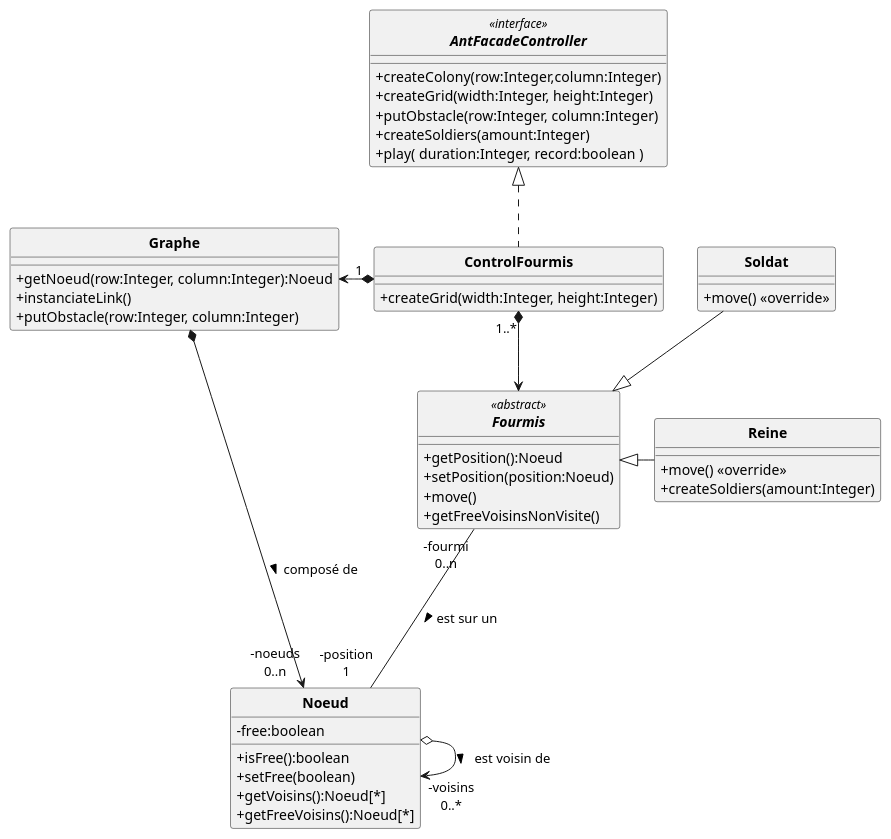
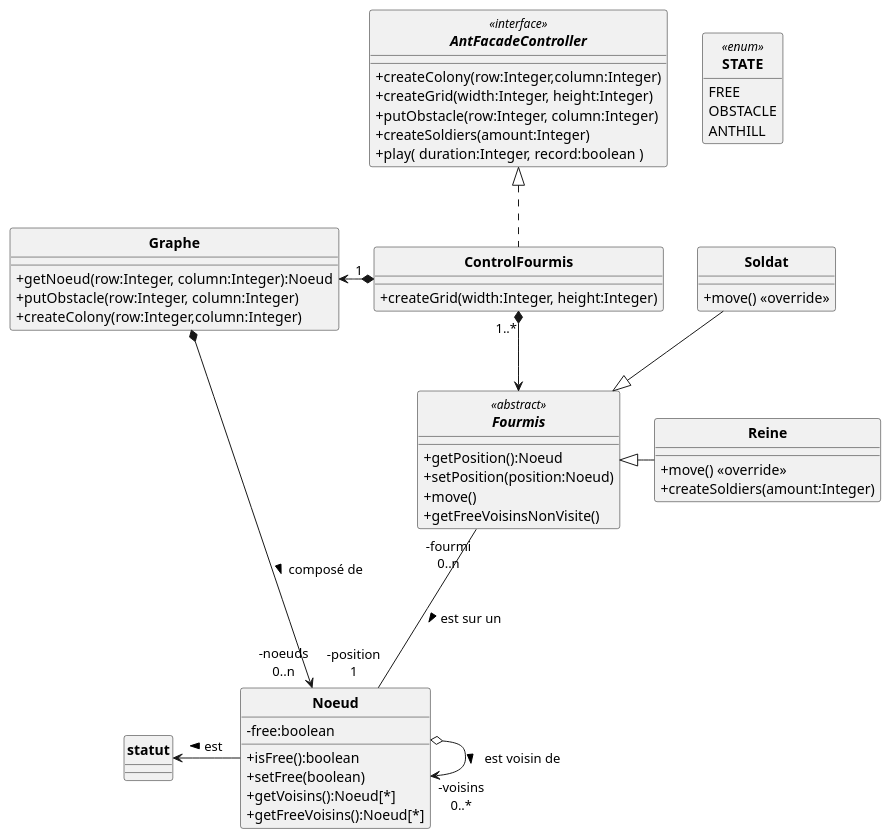
Before and after one commit to ErenMustafaGit/ColonieFourmis: the diagram in src/main/uml/Fourmis_DC.puml, drawn with PlantUML. The commit also changed 5 other files, not shown here.

First line of the commit message:
ControlFourmis.java: méthode faite (createGrid, putObstacle, createColony), createSoldiers à revoir !

```diff
--- a/src/main/uml/Fourmis_DC.puml
+++ b/src/main/uml/Fourmis_DC.puml
@@ -1,73 +1,81 @@
 @startuml
 'https://plantuml.com/sequence-diagram
 allow_mixing
 skinparam style strictuml
 skinparam classAttributeIconSize 0
 skinparam circledCharacterRadius 0
 skinparam circledCharacterFontSize 0
 skinparam classFontStyle Bold
 'autonumber
+hide enum methods
 
 'Controleur
 interface AntFacadeController <<interface>> {
     '+setParameters( evaporationParam:Integer, foodParam:Integer, pheromoneParam:Integer )
     +createColony(row:Integer,column:Integer)
     +createGrid(width:Integer, height:Integer)
     +putObstacle(row:Integer, column:Integer)
     '+putFood( row:Integer, column:Integer, quantity:Integer);
     '+createWorkers( amount:Integer )
     +createSoldiers(amount:Integer)
     '+setAntFile(antLogFile:String);
     +play( duration:Integer, record:boolean )
 }
 
 class Noeud {
     -free:boolean
     +isFree():boolean
     +setFree(boolean)
     +getVoisins():Noeud[*]
     +getFreeVoisins():Noeud[*]
 }
+enum STATE <<enum>> {
+    FREE
+    OBSTACLE
+    ANTHILL
+}
+
 
 abstract Fourmis <<abstract>> {
     +getPosition():Noeud
     +setPosition(position:Noeud)
     +move()
     +getFreeVoisinsNonVisite()
 }
 class Reine{
     +move() <<override>>
     +createSoldiers(amount:Integer)
 
 }
 class Soldat{
     +move() <<override>>
 }
 
 
 'class Graphe implements projet.v2.AntFacadeController{
 class ControlFourmis implements AntFacadeController{
     +createGrid(width:Integer, height:Integer)
 }
 
 
 class Graphe{
  +getNoeud(row:Integer, column:Integer):Noeud
- +instanciateLink()
  +putObstacle(row:Integer, column:Integer)
+ +createColony(row:Integer,column:Integer)
 }
 
 
 Soldat --|> Fourmis
 Reine -l-|> Fourmis
 
 ControlFourmis "1 " *-l-> Graphe
 ControlFourmis "1..*" *--> Fourmis
 
 Graphe *-r-> "-noeuds\n0..n" Noeud : composé de >
 'historique = liste de noeud déjà passé par la fourmi
 '"-position 1\n-historique 0..*"
 Fourmis "-fourmi\n0..n" --- "-position\n1" Noeud  : est sur un >
 Noeud o-> "-voisins\n0..*"  Noeud  : est voisin de >
+Noeud -l->  statut : est >
 
 @enduml
```
